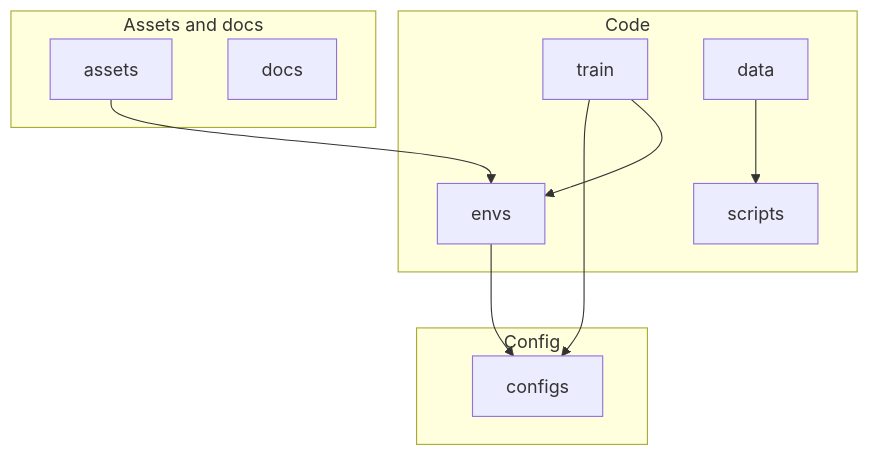
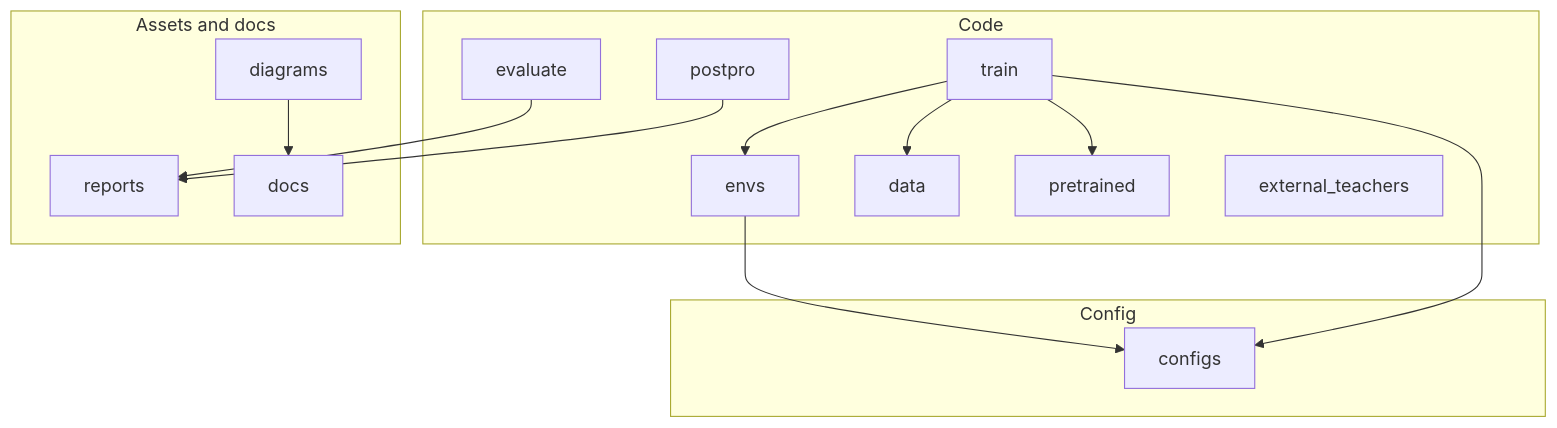
Before and after one commit to wartelth/Bark: the third of 3 diagrams in README.md, drawn with Mermaid. The commit also changed other lines of this file, not shown here.

````diff
--- a/README.md
+++ b/README.md
@@ -147,21 +160,28 @@
 ```mermaid
 flowchart TB
   subgraph code [Code]
     envs[envs]
     train[train]
     data[data]
-    scripts[scripts]
+    evaluate[evaluate]
+    postpro[postpro]
+    pretrained[pretrained]
+    ext[external_teachers]
   end
   subgraph config [Config]
     configs[configs]
   end
   subgraph assets [Assets and docs]
-    assets_dir[assets]
+    diagrams[diagrams]
+    reports[reports]
     docs[docs]
   end
   envs --> configs
   train --> configs
-  data --> scripts
+  train --> data
   train --> envs
-  assets_dir --> envs
+  train --> pretrained
+  evaluate --> reports
+  postpro --> reports
+  diagrams --> docs
 ```
````
